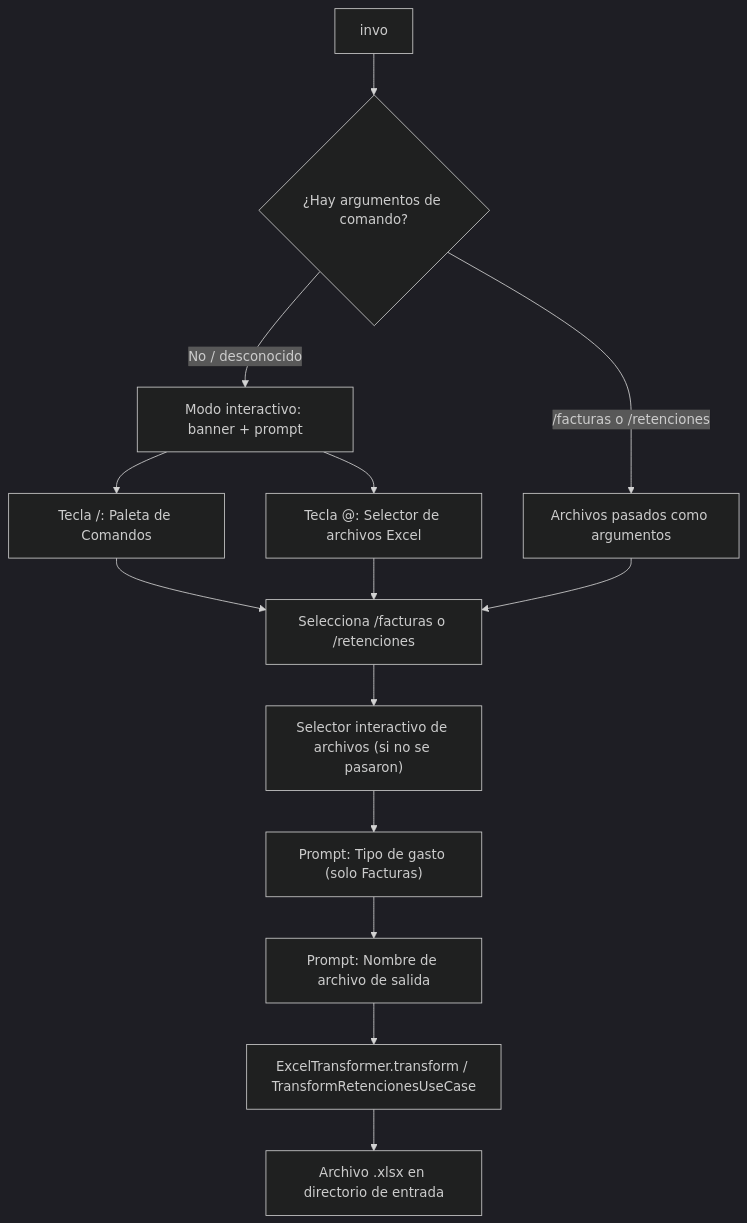
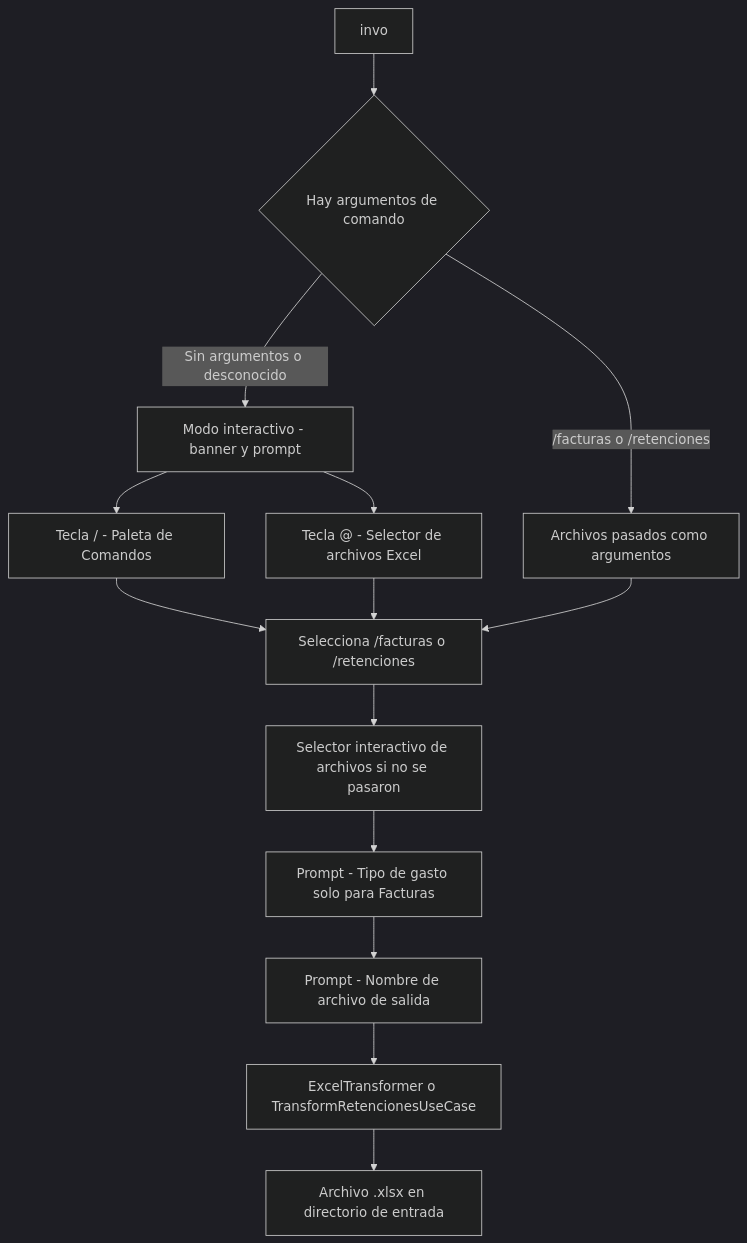
Before and after one commit to juxnbernxrdo/invoiceflow: the first of 2 diagrams in README.md, drawn with Mermaid (dark theme). The commit also changed other lines of this file, not shown here.

Commit message:
fix: mermaid diagrams for GitHub compatibility

````diff
--- a/README.md
+++ b/README.md
@@ -201,16 +201,16 @@
 ```mermaid
 flowchart TD
-    A["invo"] --> B{"¿Hay argumentos de comando?"}
+    A["invo"] --> B{"Hay argumentos de comando"}
     B -->|"/facturas o /retenciones"| D["Archivos pasados como argumentos"]
-    B -->|"No / desconocido"| C["Modo interactivo: banner + prompt"]
-    C --> C1["Tecla /: Paleta de Comandos"]
-    C --> C2["Tecla @: Selector de archivos Excel"]
+    B -->|"Sin argumentos o desconocido"| C["Modo interactivo - banner y prompt"]
+    C --> C1["Tecla / - Paleta de Comandos"]
+    C --> C2["Tecla @ - Selector de archivos Excel"]
     C1 --> E["Selecciona /facturas o /retenciones"]
     C2 --> E
     D --> E
-    E --> F["Selector interactivo de archivos (si no se pasaron)"]
-    F --> G["Prompt: Tipo de gasto (solo Facturas)"]
-    G --> H["Prompt: Nombre de archivo de salida"]
-    H --> I["ExcelTransformer.transform / TransformRetencionesUseCase"]
+    E --> F["Selector interactivo de archivos si no se pasaron"]
+    F --> G["Prompt - Tipo de gasto solo para Facturas"]
+    G --> H["Prompt - Nombre de archivo de salida"]
+    H --> I["ExcelTransformer o TransformRetencionesUseCase"]
     I --> J["Archivo .xlsx en directorio de entrada"]
 ```
````
